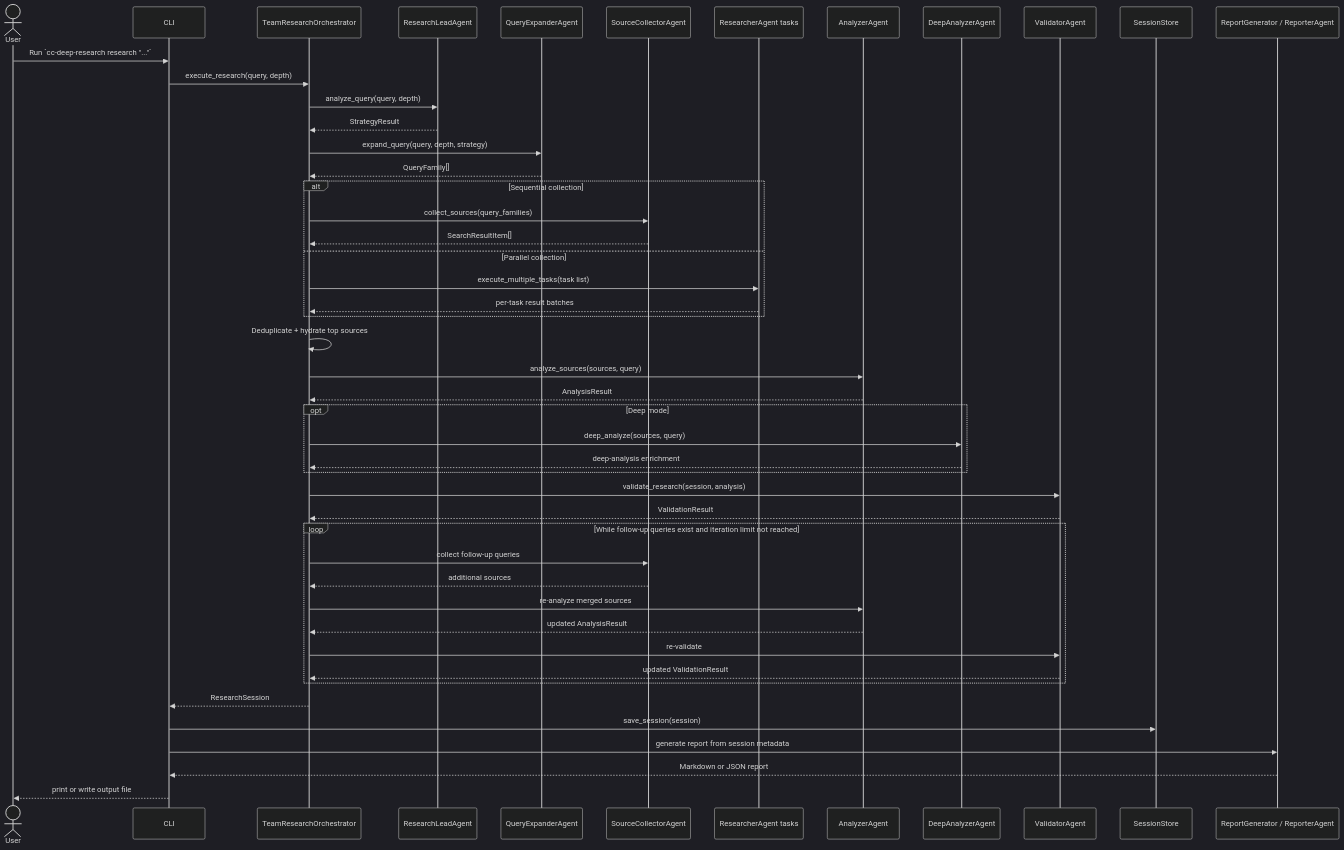
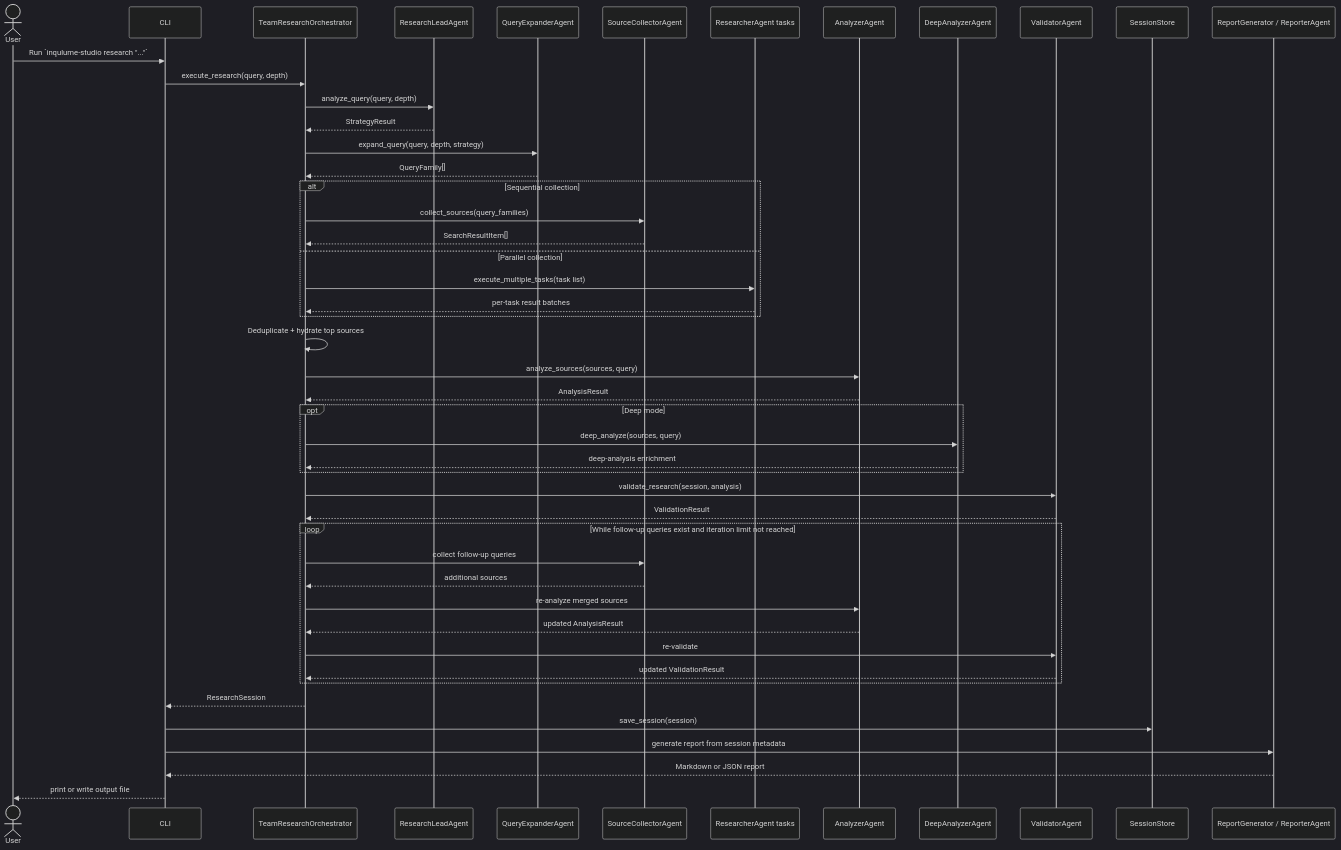
Before and after one commit to xxibcill/cc-deep-reasearch: the fourth of 4 diagrams in docs/RESEARCH_WORKFLOW_AGENT_INTERACTIONS.md, drawn with Mermaid (dark theme). The commit also changed other lines of this file and 66 other files, not shown here.

Commit message:
rename to inqulume-studio

````diff
--- a/docs/RESEARCH_WORKFLOW_AGENT_INTERACTIONS.md
+++ b/docs/RESEARCH_WORKFLOW_AGENT_INTERACTIONS.md
@@ -413,57 +413,57 @@
 ```mermaid
 sequenceDiagram
     actor User
     participant CLI as CLI
     participant Orch as TeamResearchOrchestrator
     participant Lead as ResearchLeadAgent
     participant Expand as QueryExpanderAgent
     participant Collect as SourceCollectorAgent
     participant Parallel as ResearcherAgent tasks
     participant Analyze as AnalyzerAgent
     participant Deep as DeepAnalyzerAgent
     participant Validate as ValidatorAgent
     participant Store as SessionStore
     participant Report as ReportGenerator / ReporterAgent
 
-    User->>CLI: Run `cc-deep-research research "..."`
+    User->>CLI: Run `inqulume-studio research "..."`
     CLI->>Orch: execute_research(query, depth)
     Orch->>Lead: analyze_query(query, depth)
     Lead-->>Orch: StrategyResult
     Orch->>Expand: expand_query(query, depth, strategy)
     Expand-->>Orch: QueryFamily[]
 
     alt Sequential collection
         Orch->>Collect: collect_sources(query_families)
         Collect-->>Orch: SearchResultItem[]
     else Parallel collection
         Orch->>Parallel: execute_multiple_tasks(task list)
         Parallel-->>Orch: per-task result batches
     end
 
     Orch->>Orch: Deduplicate + hydrate top sources
     Orch->>Analyze: analyze_sources(sources, query)
     Analyze-->>Orch: AnalysisResult
 
     opt Deep mode
         Orch->>Deep: deep_analyze(sources, query)
         Deep-->>Orch: deep-analysis enrichment
     end
 
     Orch->>Validate: validate_research(session, analysis)
     Validate-->>Orch: ValidationResult
 
     loop While follow-up queries exist and iteration limit not reached
         Orch->>Collect: collect follow-up queries
         Collect-->>Orch: additional sources
         Orch->>Analyze: re-analyze merged sources
         Analyze-->>Orch: updated AnalysisResult
         Orch->>Validate: re-validate
         Validate-->>Orch: updated ValidationResult
     end
 
     Orch-->>CLI: ResearchSession
     CLI->>Store: save_session(session)
     CLI->>Report: generate report from session metadata
     Report-->>CLI: Markdown or JSON report
     CLI-->>User: print or write output file
 ```
````
